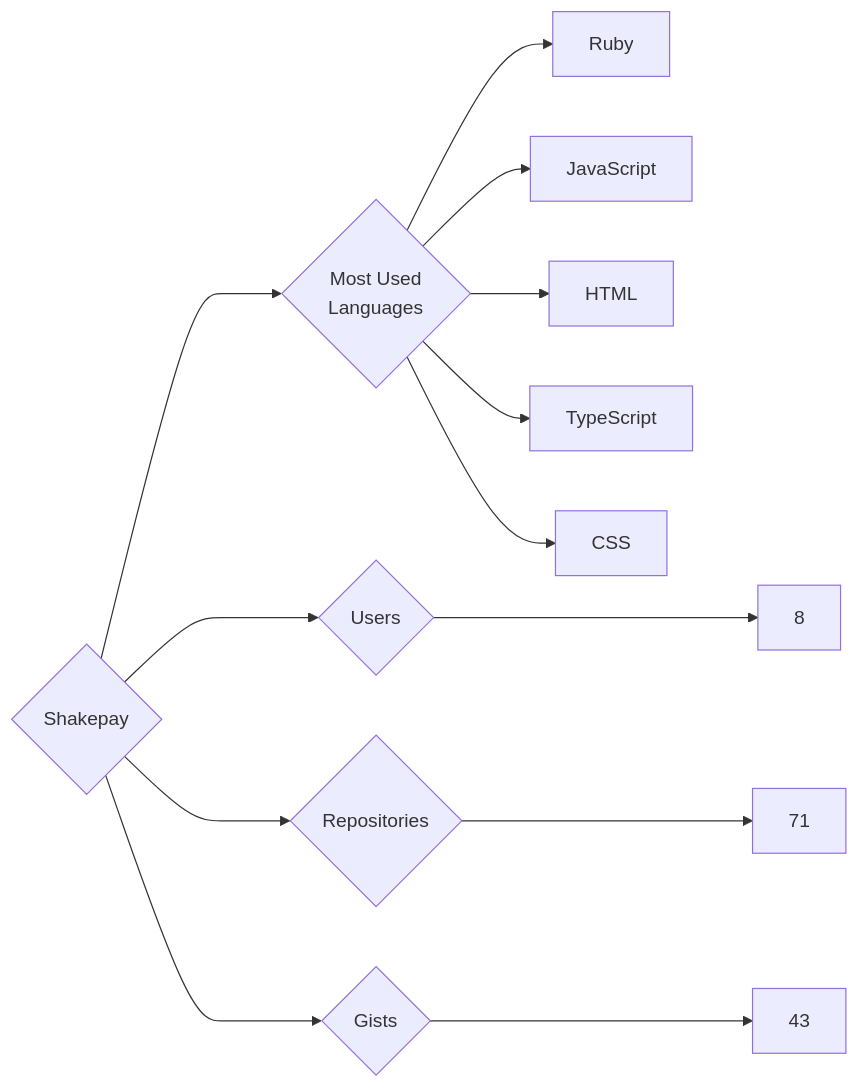
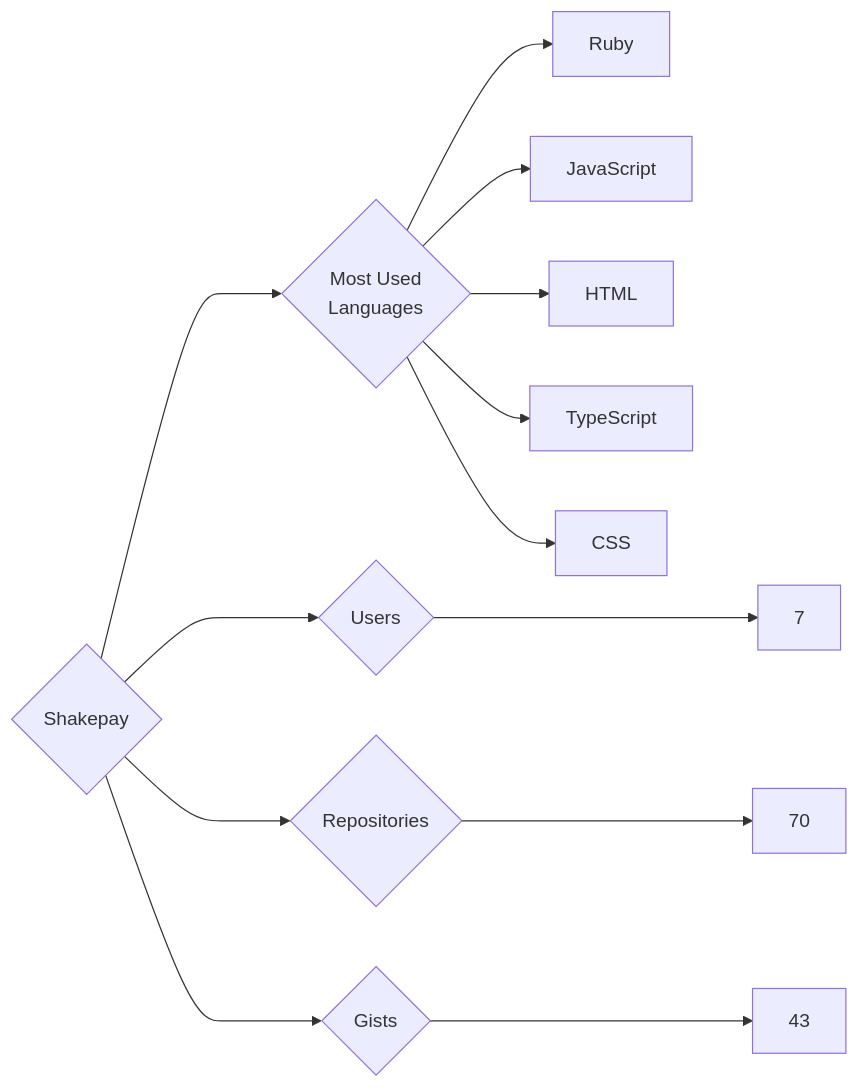
One commit to trickest/insiders changed the diagram in targets/Shakepay/README.md. Above: the diagram before and after it, drawn with Mermaid. The commit also changed 964 other files, not shown here.

````diff
--- a/targets/Shakepay/README.md
+++ b/targets/Shakepay/README.md
@@ -3,13 +3,13 @@
 ```mermaid
 graph LR
 COMPANY_NAME{Shakepay}
-COMPANY_NAME ---> U{Users} ---> UN[8]
-COMPANY_NAME ---> R{Repositories} ---> RN[71]
+COMPANY_NAME ---> U{Users} ---> UN[7]
+COMPANY_NAME ---> R{Repositories} ---> RN[70]
 COMPANY_NAME ---> G{Gists} ---> GN[43]
 COMPANY_NAME ---> ML{Most Used<br>Languages}
 ML --> Ruby[Ruby]
 ML --> JavaScript[JavaScript]
 ML --> HTML[HTML]
 ML --> TypeScript[TypeScript]
 ML --> CSS[CSS]
 ```
````
